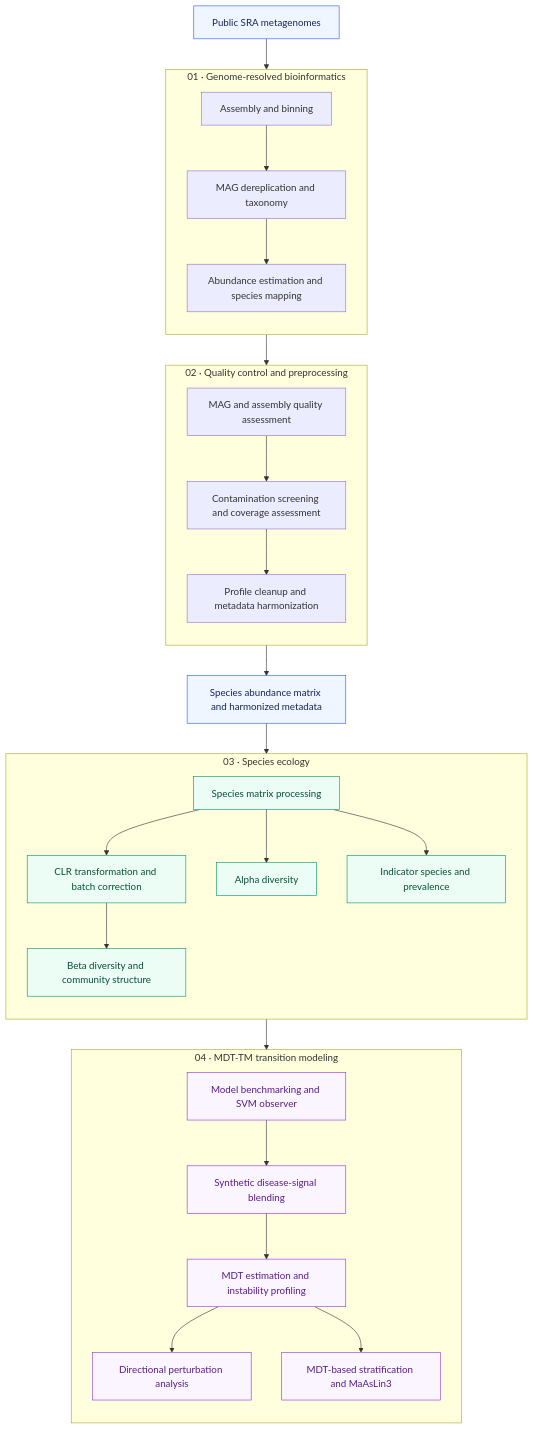
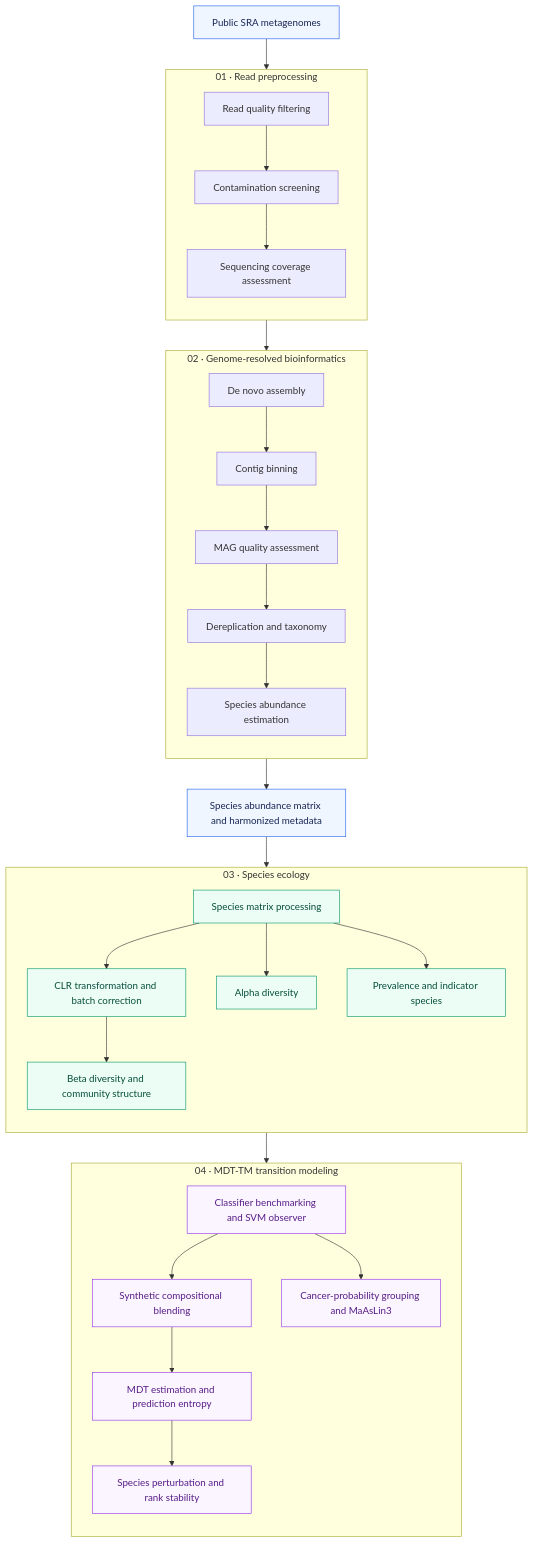
One commit to AscanOfficiel2/MDT-TM_CRC_Microbiome-Framework changed the diagram in README.md. Above: the diagram before and after it, drawn with Mermaid. The commit also changed other lines of this file, not shown here.

````diff
--- a/README.md
+++ b/README.md
@@ -17,61 +17,63 @@
 ```mermaid
 flowchart TB
     INPUT["Public SRA metagenomes"]
 
-    subgraph BIO["01 · Genome-resolved bioinformatics"]
+    subgraph PRE["01 · Read preprocessing"]
         direction TB
-        B1["Assembly and binning"]
-        B2["MAG dereplication and taxonomy"]
-        B3["Abundance estimation and species mapping"]
-        B1 --> B2 --> B3
+        P1["Read quality filtering"]
+        P2["Contamination screening"]
+        P3["Sequencing coverage assessment"]
+        P1 --> P2 --> P3
     end
 
-    subgraph PRE["02 · Quality control and preprocessing"]
+    subgraph BIO["02 · Genome-resolved bioinformatics"]
         direction TB
-        P1["MAG and assembly quality assessment"]
-        P2["Contamination screening and coverage assessment"]
-        P3["Profile cleanup and metadata harmonization"]
-        P1 --> P2 --> P3
+        B1["De novo assembly"]
+        B2["Contig binning"]
+        B3["MAG quality assessment"]
+        B4["Dereplication and taxonomy"]
+        B5["Species abundance estimation"]
+        B1 --> B2 --> B3 --> B4 --> B5
     end
 
     DATA["Species abundance matrix and harmonized metadata"]
 
     subgraph ECO["03 · Species ecology"]
         direction TB
         E1["Species matrix processing"]
         E2["CLR transformation and batch correction"]
         E3["Alpha diversity"]
         E4["Beta diversity and community structure"]
-        E5["Indicator species and prevalence"]
+        E5["Prevalence and indicator species"]
         E1 --> E2
         E1 --> E3
         E2 --> E4
         E1 --> E5
     end
 
     subgraph MDT["04 · MDT-TM transition modeling"]
         direction TB
-        M1["Model benchmarking and SVM observer"]
-        M2["Synthetic disease-signal blending"]
-        M3["MDT estimation and instability profiling"]
-        M4["Directional perturbation analysis"]
-        M5["MDT-based stratification and MaAsLin3"]
-        M1 --> M2 --> M3
-        M3 --> M4
-        M3 --> M5
+        M1["Classifier benchmarking and SVM observer"]
+        M2["Synthetic compositional blending"]
+        M3["MDT estimation and prediction entropy"]
+        M4["Species perturbation and rank stability"]
+        M5["Cancer-probability grouping and MaAsLin3"]
+        M1 --> M2 --> M3 --> M4
+        M1 --> M5
     end
 
-    INPUT --> B1
-    B3 --> P1
-    P3 --> DATA
+    INPUT --> P1
+    P3 --> B1
+    B5 --> DATA
     DATA --> E1
     E2 --> M1
 
-    classDef input fill:#eff6ff,stroke:#2563eb,color:#172554;
-    classDef ecological fill:#ecfdf5,stroke:#059669,color:#064e3b;
-    classDef modeling fill:#faf5ff,stroke:#9333ea,color:#581c87;
+    classDef input fill:#eff6ff,stroke:#2563eb,color:#172554
+    classDef ecological fill:#ecfdf5,stroke:#059669,color:#064e3b
+    classDef modeling fill:#faf5ff,stroke:#9333ea,color:#581c87
 
-    class INPUT,DATA input;
-    class E1,E2,E3,E4,E5 ecological;
-    class M1,M2,M3,M4,M5 modeling;
+    class INPUT,DATA input
+    class E1,E2,E3,E4,E5 ecological
+    class M1,M2,M3,M4,M5 modeling
+
 ```
````
